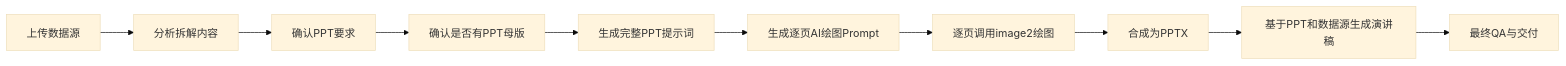
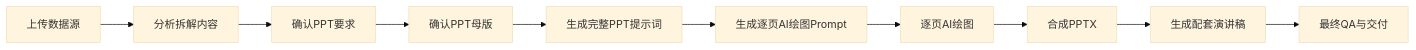
One commit to miraclechen0816/make-ppt-from-source changed the diagram in README.md. Above: the diagram before and after it, drawn with Mermaid (base theme). The commit also changed other lines of this file, not shown here.

````diff
--- a/README.md
+++ b/README.md
@@ -20,12 +22,12 @@
 ```mermaid
 flowchart LR
-    A["上传数据源"] --> B["分析拆解内容"]
-    B --> C["确认PPT要求"]
-    C --> D["确认是否有PPT母版"]
-    D --> E["生成完整PPT提示词"]
-    E --> F["生成逐页AI绘图Prompt"]
-    F --> G["逐页调用image2绘图"]
-    G --> H["合成为PPTX"]
-    H --> I["基于PPT和数据源生成演讲稿"]
-    I --> J["最终QA与交付"]
+    A[上传数据源] --> B[分析拆解内容]
+    B --> C[确认PPT要求]
+    C --> D[确认PPT母版]
+    D --> E[生成完整PPT提示词]
+    E --> F[生成逐页AI绘图Prompt]
+    F --> G[逐页AI绘图]
+    G --> H[合成PPTX]
+    H --> I[生成配套演讲稿]
+    I --> J[最终QA与交付]
 ```
````
